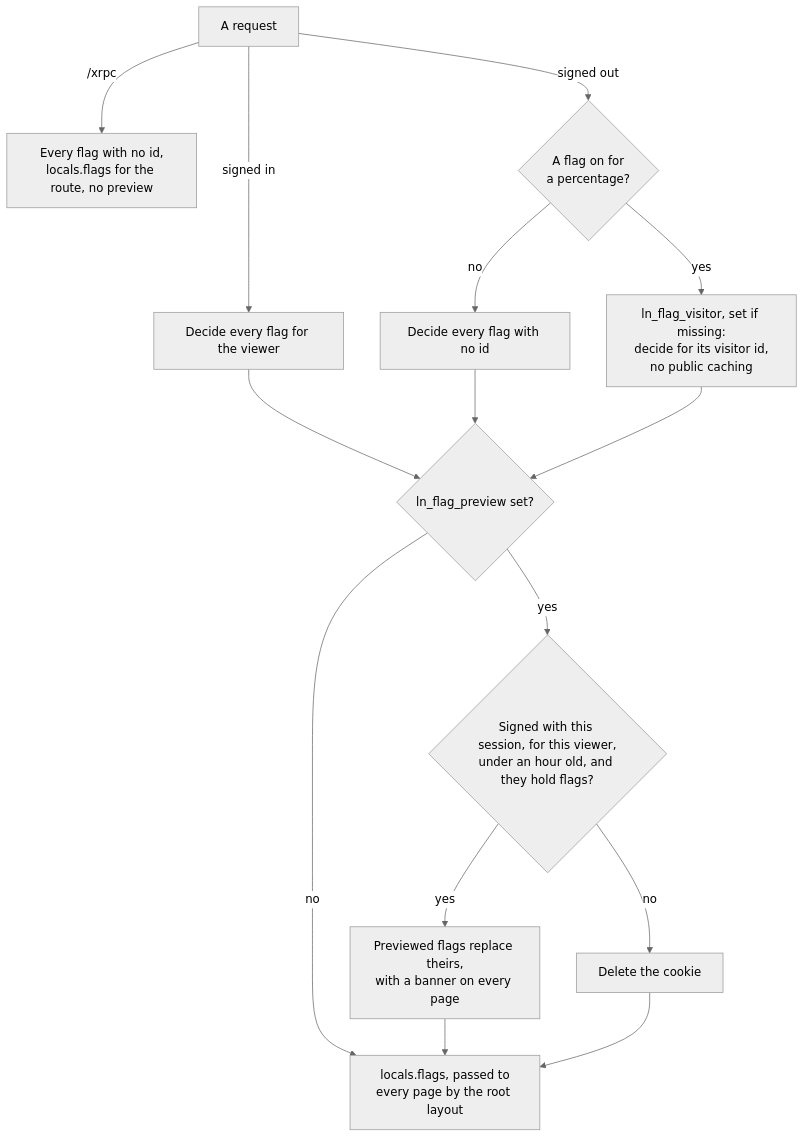
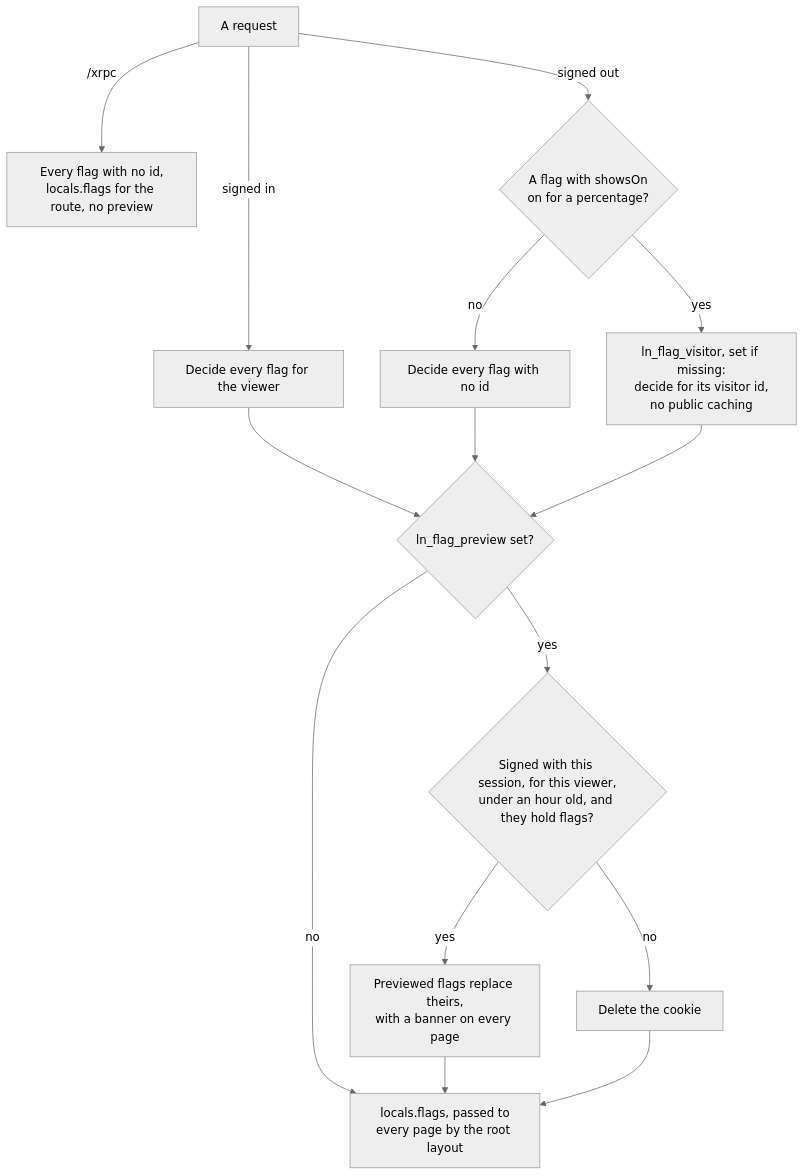
Before and after one commit to cutenode/localnetwork: the second of 5 diagrams in apps/web/docs/diagrams/flags.md, drawn with Mermaid (neutral theme). The commit also changed other lines of this file and 90 other files, not shown here.

````diff
--- a/apps/web/docs/diagrams/flags.md
+++ b/apps/web/docs/diagrams/flags.md
@@ -39,17 +39,17 @@
 ```mermaid
 flowchart TD
   Request["A request"] -- "/xrpc" --> Route["Every flag with no id,<br/>locals.flags for the route, no preview"]
   Request -- "signed in" --> Decide["Decide every flag for the viewer"]
-  Request -- "signed out" --> Share{"A flag on for<br/>a percentage?"}
+  Request -- "signed out" --> Share{"A flag with showsOn<br/>on for a percentage?"}
   Share -- "no" --> Nobody["Decide every flag with no id"]
   Share -- "yes" --> Visitor["ln_flag_visitor, set if missing:<br/>decide for its visitor id,<br/>no public caching"]
   Decide --> Cookie{"ln_flag_preview set?"}
   Nobody --> Cookie
   Visitor --> Cookie
   Cookie -- "no" --> Locals["locals.flags, passed to<br/>every page by the root layout"]
   Cookie -- "yes" --> Valid{"Signed with this session, for this viewer,<br/>under an hour old, and they hold flags?"}
   Valid -- "yes" --> Merge["Previewed flags replace theirs,<br/>with a banner on every page"]
   Merge --> Locals
   Valid -- "no" --> Drop["Delete the cookie"]
   Drop --> Locals
 ```
````
